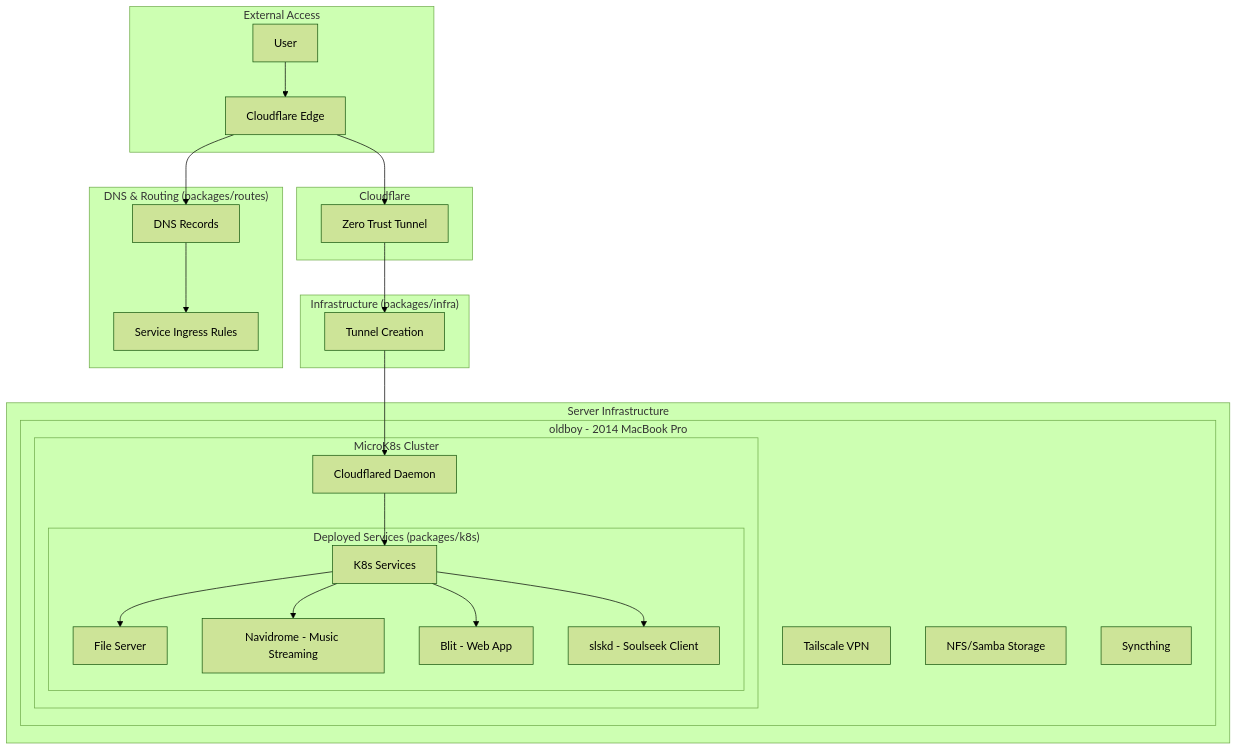
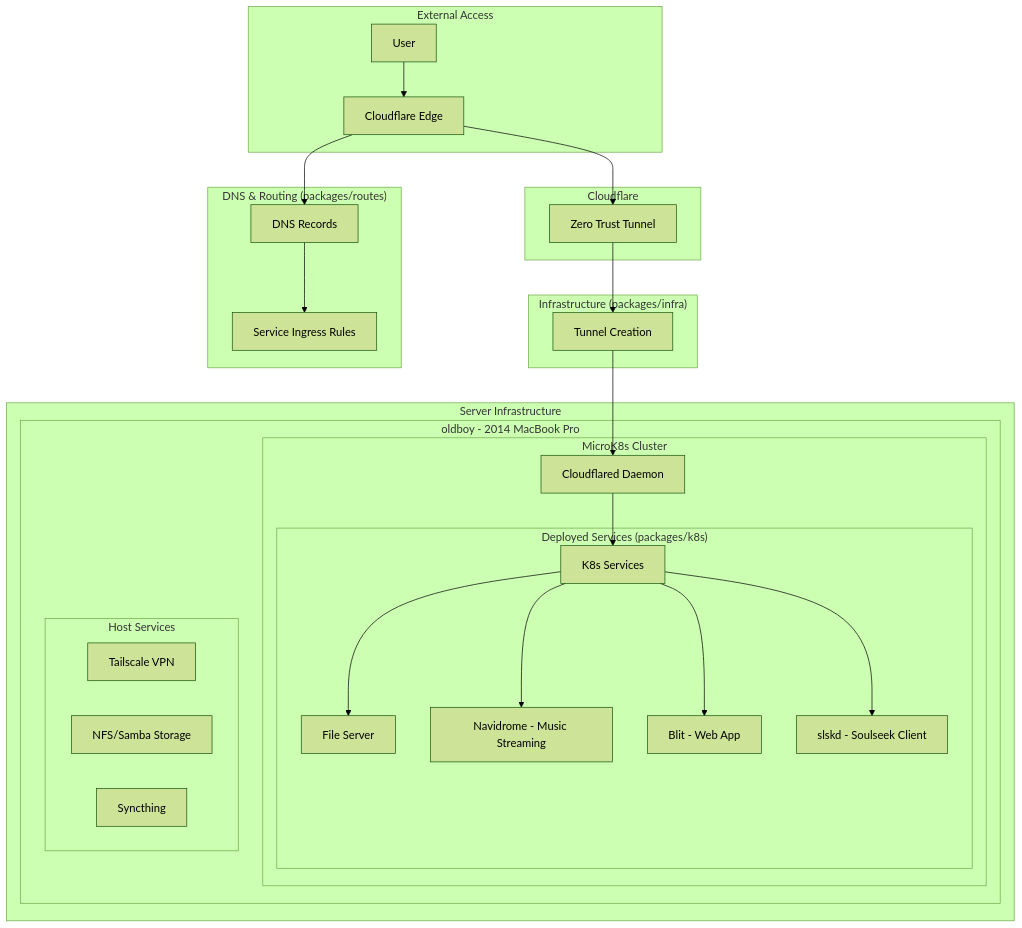
Before and after one commit to radiosilence/jaritanet: the diagram in README.md, drawn with Mermaid (forest theme).

Commit message:
Group host services under separate subgraph for better visual hierarchy
- Groups Tailscale, NFS/Samba, and Syncthing under "Host Services"
- Creates clearer separation between cluster and host services

🤖 Generated with [Claude Code](https://claude.ai/code)

````diff
--- a/README.md
+++ b/README.md
@@ -13,40 +13,42 @@
 ```mermaid
 graph TB
     subgraph "External Access"
         User[User] --> CF[Cloudflare Edge]
     end
     
     subgraph "Cloudflare"
         CF --> Tunnel[Zero Trust Tunnel]
     end
     
     subgraph "Infrastructure (packages/infra)"
         Tunnel --> TunnelConfig[Tunnel Creation]
     end
     
     subgraph "DNS & Routing (packages/routes)"
         CF --> DNS[DNS Records]
         DNS --> Ingress[Service Ingress Rules]
     end
     
     subgraph "Server Infrastructure"
         subgraph "oldboy - 2014 MacBook Pro"
             TunnelConfig --> Cloudflared[Cloudflared Daemon]
             
             subgraph "MicroK8s Cluster"
                 Cloudflared --> Services[K8s Services]
                 
                 subgraph "Deployed Services (packages/k8s)"
                     Services --> FileServer[File Server]
                     Services --> Navidrome[Navidrome - Music Streaming]
                     Services --> Blit[Blit - Web App]
                     Services --> Slskd[slskd - Soulseek Client]
                 end
             end
             
-            Tailscale[Tailscale VPN]
-            Storage[NFS/Samba Storage]
-            Sync[Syncthing]
+            subgraph "Host Services"
+                Tailscale[Tailscale VPN]
+                Storage[NFS/Samba Storage]
+                Sync[Syncthing]
+            end
         end
     end
 ```
````
